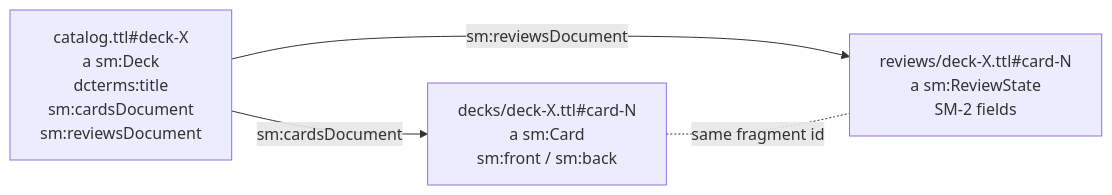
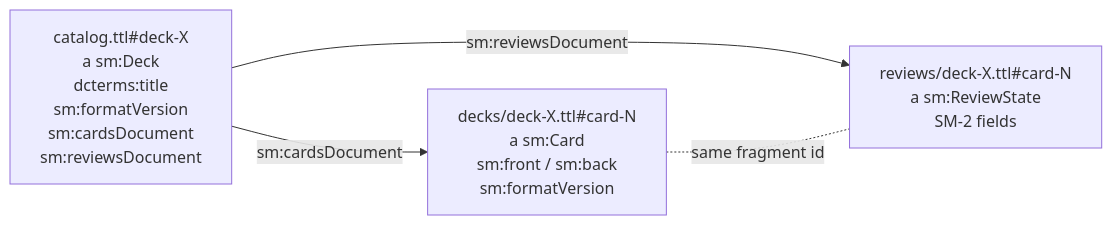
Before and after one commit to antwika/solid-memo: the second of 2 diagrams in docs/data-model.md, drawn with Mermaid. The commit also changed other lines of this file and 89 other files, not shown here.

````diff
--- a/docs/data-model.md
+++ b/docs/data-model.md
@@ -61,9 +75,9 @@
 ```mermaid
 graph LR
-    C["catalog.ttl#deck-X<br/>a sm:Deck<br/>dcterms:title<br/>sm:cardsDocument<br/>sm:reviewsDocument"]
-    D["decks/deck-X.ttl#card-N<br/>a sm:Card<br/>sm:front / sm:back"]
+    C["catalog.ttl#deck-X<br/>a sm:Deck<br/>dcterms:title<br/>sm:formatVersion<br/>sm:cardsDocument<br/>sm:reviewsDocument"]
+    D["decks/deck-X.ttl#card-N<br/>a sm:Card<br/>sm:front / sm:back<br/>sm:formatVersion"]
     R["reviews/deck-X.ttl#card-N<br/>a sm:ReviewState<br/>SM-2 fields"]
     C -->|sm:cardsDocument| D
     C -->|sm:reviewsDocument| R
     D -. same fragment id .- R
 ```
````
